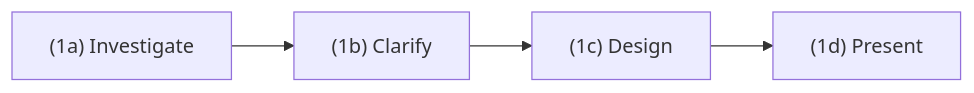
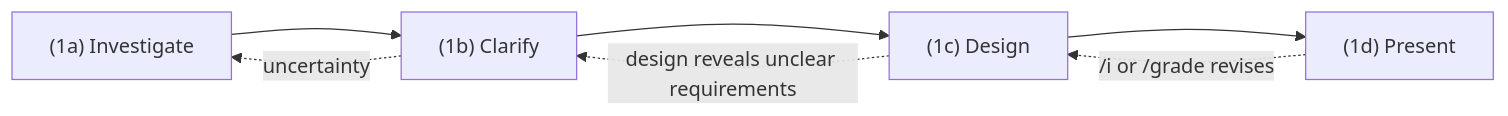
Before and after one commit to binaryphile/tandem-protocol: the second of 3 diagrams in README.md, drawn with Mermaid. The commit also changed other lines of this file and 2 other files, not shown here.

````diff
--- a/README.md
+++ b/README.md
@@ -142,4 +142,7 @@
 ```mermaid
 flowchart LR
     A["(1a) Investigate"] --> B["(1b) Clarify"] --> C["(1c) Design"] --> D["(1d) Present"]
+    B -.->|"uncertainty"| A
+    C -.->|"design reveals unclear requirements"| B
+    D -.->|"/i or /grade revises"| C
 ```
````
